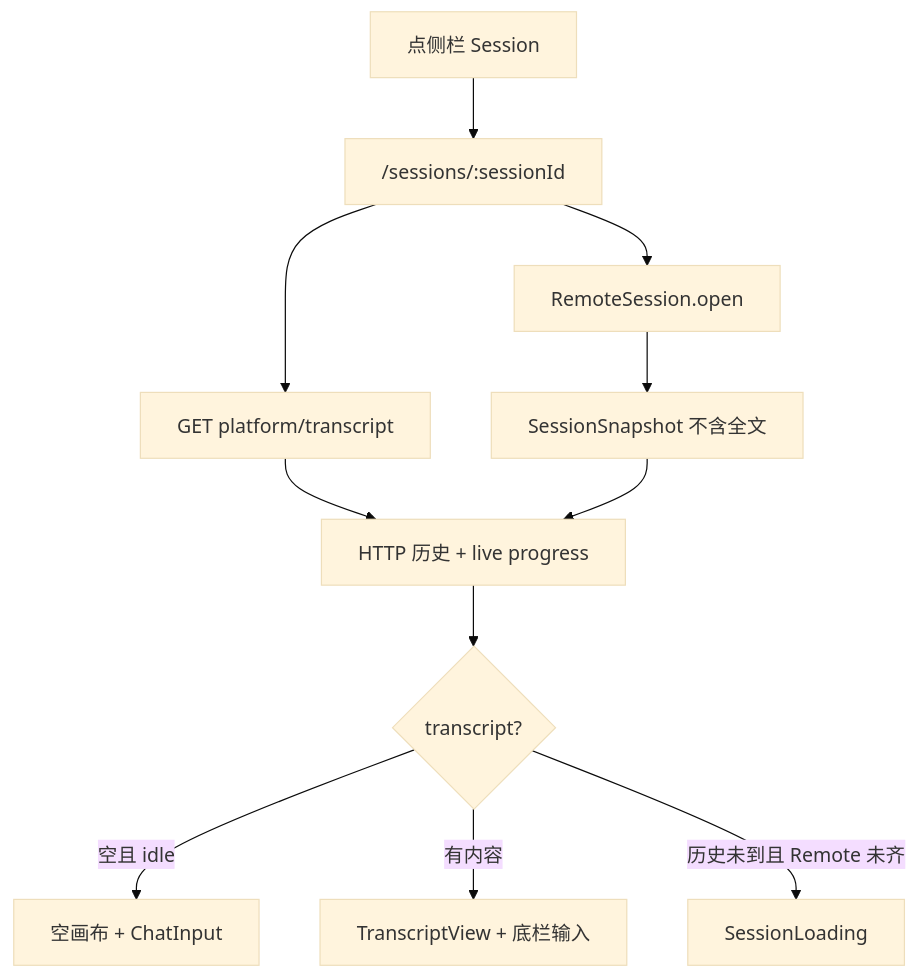
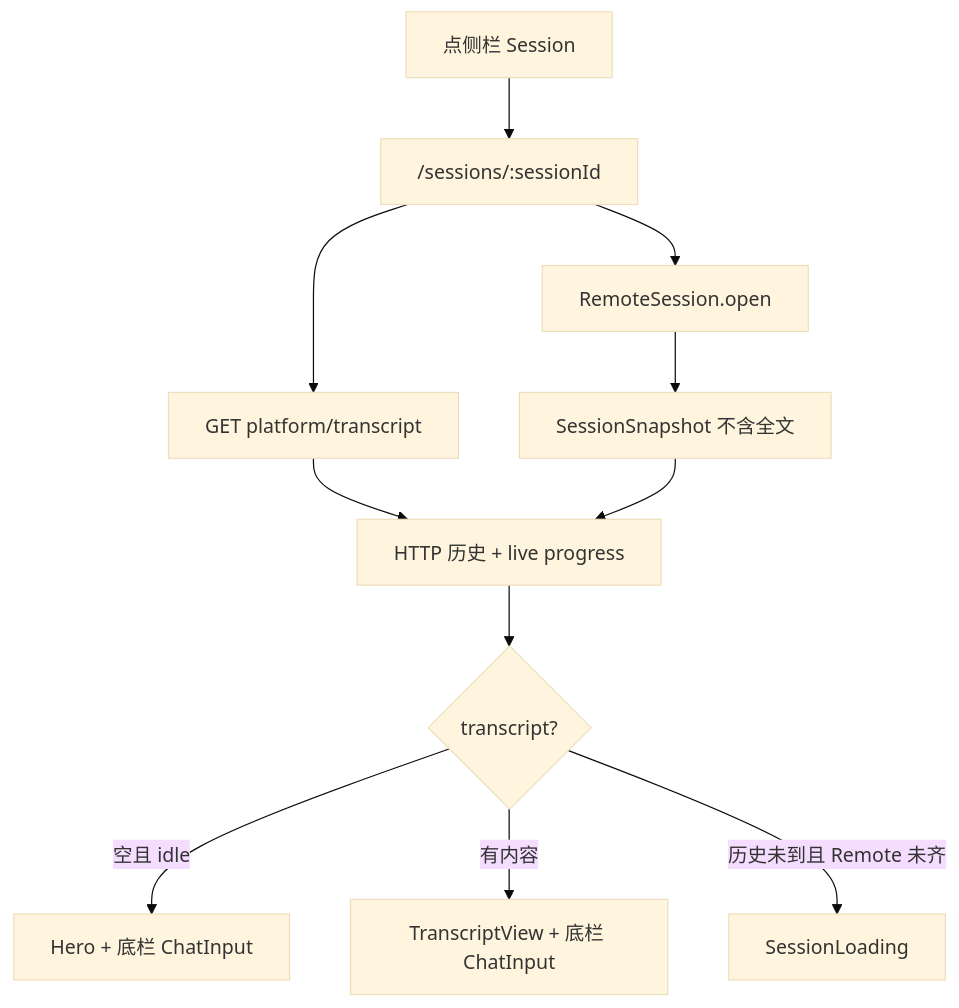
One commit to minuque/pig changed the fifth of 8 diagrams in JOURNEYS.md. Above: the diagram before and after it, drawn with Mermaid (base theme). The commit also changed other lines of this file and 9 other files, not shown here.

````diff
--- a/JOURNEYS.md
+++ b/JOURNEYS.md
@@ -79,13 +79,13 @@
 ```mermaid
 flowchart TB
   Click["点侧栏 Session"] --> Route["/sessions/:sessionId"]
   Route --> Hist["GET platform/transcript"]
   Route --> Open["RemoteSession.open"]
   Open --> Snap["SessionSnapshot 不含全文"]
   Hist --> Merge["HTTP 历史 + live progress"]
   Snap --> Merge
   Merge --> View{"transcript?"}
-  View -->|空且 idle| Empty["空画布 + ChatInput"]
-  View -->|有内容| Timeline["TranscriptView + 底栏输入"]
+  View -->|空且 idle| Idle["Hero + 底栏 ChatInput"]
+  View -->|有内容| Timeline["TranscriptView + 底栏 ChatInput"]
   View -->|历史未到且 Remote 未齐| Loading["SessionLoading"]
 ```
````
